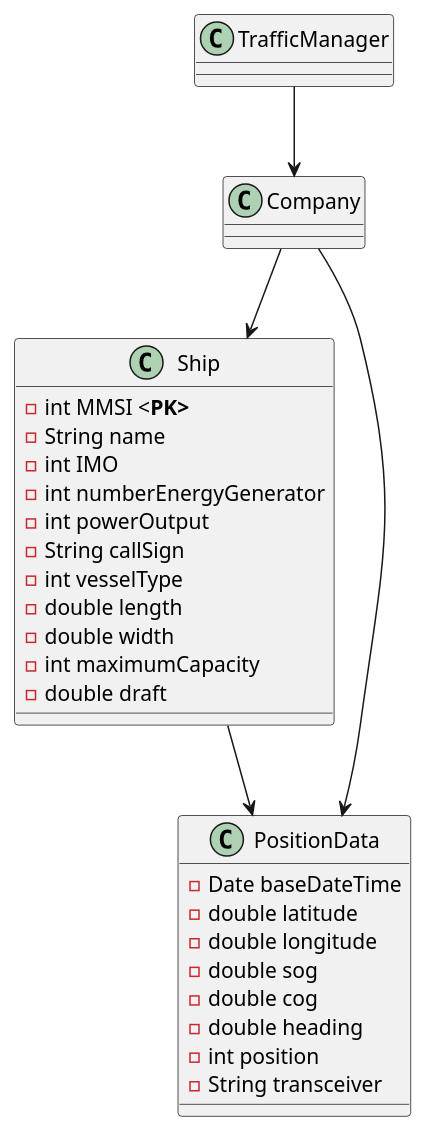
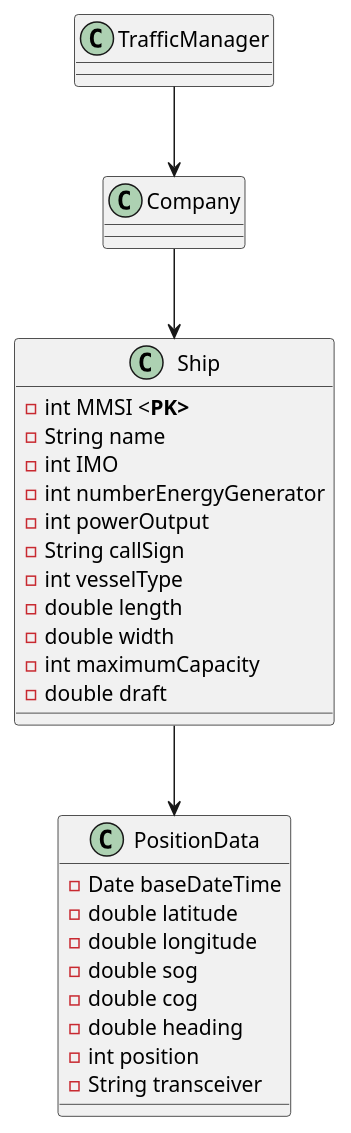
Before and after one commit to LourencoMelo/ISEP-LAPR3-ESINF: the diagram in Docs/Sprint1/US106/CD.puml, drawn with PlantUML. The commit also changed 9 other files, not shown here.

```diff
--- a/Docs/Sprint1/US106/CD.puml
+++ b/Docs/Sprint1/US106/CD.puml
@@ -1,42 +1,41 @@
 @startuml
 'https://plantuml.com/class-diagram
 
 class Ship {
 
     -int MMSI <<b>PK>
     -String name
     -int IMO
     -int numberEnergyGenerator
     -int powerOutput
     -String callSign
     -int vesselType
     -double length
     -double width
     -int maximumCapacity
     -double draft
 }
 
 class TrafficManager{
 }
 
 class PositionData{
     -Date baseDateTime
     -double latitude
     -double longitude
     -double sog
     -double cog
     -double heading
     -int position
     -String transceiver
 }
 
 class Company {
 
 }
 
 TrafficManager --> Company
 Company --> Ship
-Company --> PositionData
 Ship --> PositionData
 
 @enduml
```
